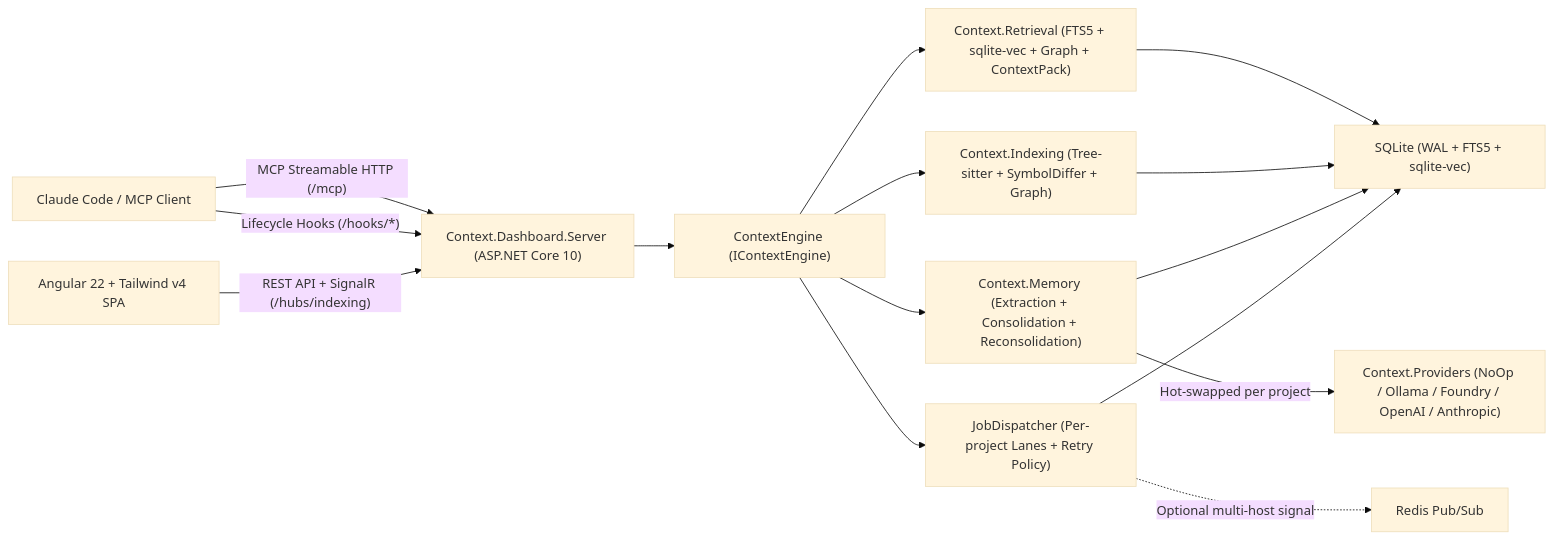
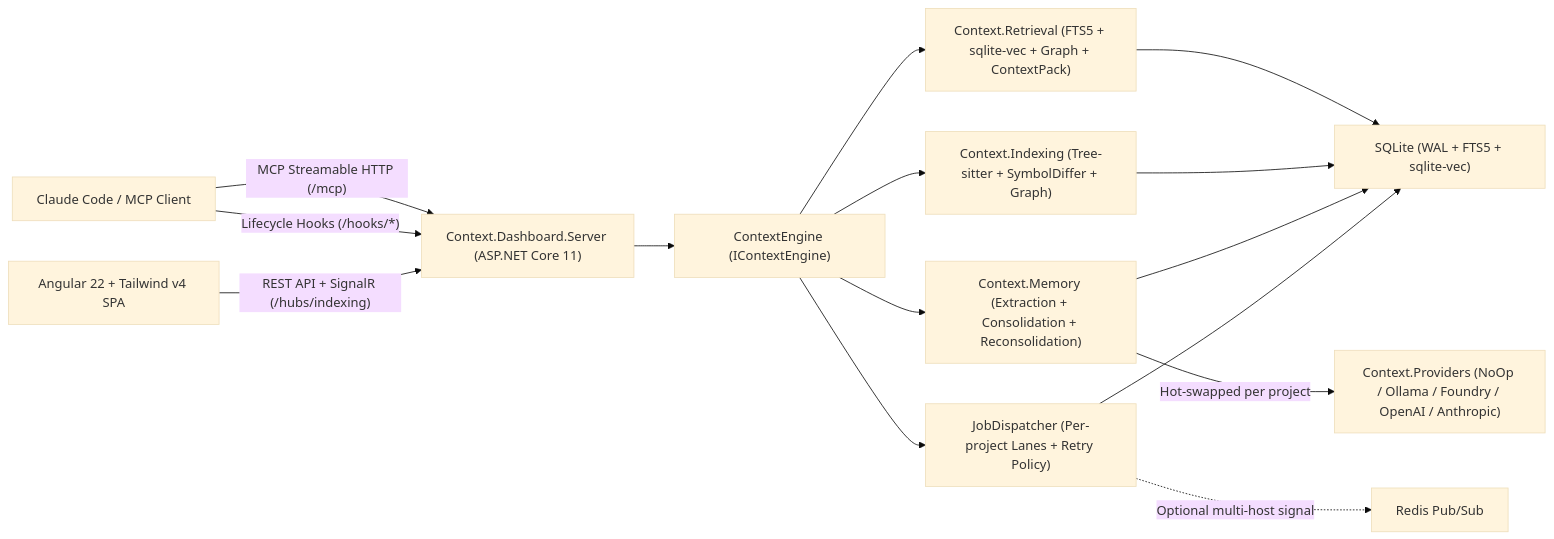
One commit to dellik95/context-platform changed the diagram in README.md. Above: the diagram before and after it, drawn with Mermaid (base theme). The commit also changed other lines of this file and 69 other files, not shown here.

First line of the commit message:
Upgrade to .NET 11, add interactive UI charts, and remove obsolete ADRs

````diff
--- a/README.md
+++ b/README.md
@@ -21,19 +21,19 @@
 ```mermaid
 flowchart LR
-    Agent["Claude Code / MCP Client"] -->|"MCP Streamable HTTP (/mcp)"| Server["Context.Dashboard.Server (ASP.NET Core 10)"]
+    Agent["Claude Code / MCP Client"] -->|"MCP Streamable HTTP (/mcp)"| Server["Context.Dashboard.Server (ASP.NET Core 11)"]
     Agent -->|"Lifecycle Hooks (/hooks/*)"| Server
     Browser["Angular 22 + Tailwind v4 SPA"] -->|"REST API + SignalR (/hubs/indexing)"| Server
 
     Server --> Facade["ContextEngine (IContextEngine)"]
     Facade --> Retrieval["Context.Retrieval (FTS5 + sqlite-vec + Graph + ContextPack)"]
     Facade --> Indexing["Context.Indexing (Tree-sitter + SymbolDiffer + Graph)"]
     Facade --> Memory["Context.Memory (Extraction + Consolidation + Reconsolidation)"]
     Facade --> Jobs["JobDispatcher (Per-project Lanes + Retry Policy)"]
 
     Retrieval --> SQLite["SQLite (WAL + FTS5 + sqlite-vec)"]
     Indexing --> SQLite
     Memory --> SQLite
     Jobs --> SQLite
     Memory -->|"Hot-swapped per project"| Providers["Context.Providers (NoOp / Ollama / Foundry / OpenAI / Anthropic)"]
     Jobs -.->|"Optional multi-host signal"| Redis["Redis Pub/Sub"]
 ```
````
